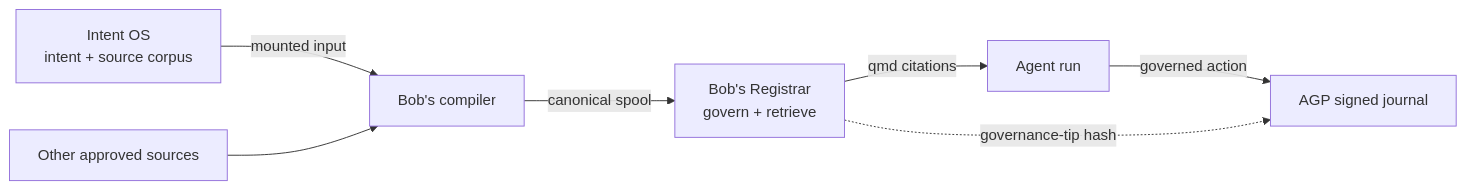
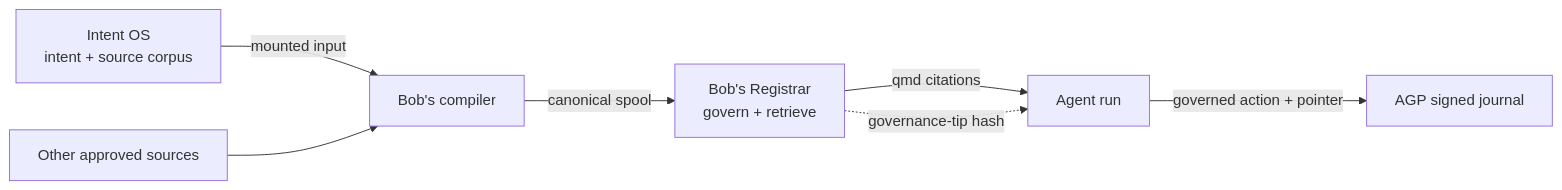
One commit to intent-solutions-io/bobs-big-brain-umbrella changed the second of 2 diagrams in 000-docs/007-AT-SMAP-repo-topology-and-working-surface.md. Above: the diagram before and after it, drawn with Mermaid. The commit also changed other lines of this file, not shown here.

Commit message:
docs(seam): tighten receipt pointer semantics

````diff
--- a/000-docs/007-AT-SMAP-repo-topology-and-working-surface.md
+++ b/000-docs/007-AT-SMAP-repo-topology-and-working-surface.md
@@ -146,9 +146,9 @@
 ```mermaid
 flowchart LR
   IOS["Intent OS<br/>intent + source corpus"] -->|mounted input| ICO["Bob's compiler"]
   OTHER["Other approved sources"] --> ICO
   ICO -->|canonical spool| REG["Bob's Registrar<br/>govern + retrieve"]
   REG -->|qmd citations| AGENT["Agent run"]
-  AGENT -->|governed action| AGP["AGP signed journal"]
-  REG -. "governance-tip hash" .-> AGP
+  REG -. "governance-tip hash" .-> AGENT
+  AGENT -->|"governed action + pointer"| AGP["AGP signed journal"]
 ```
````
